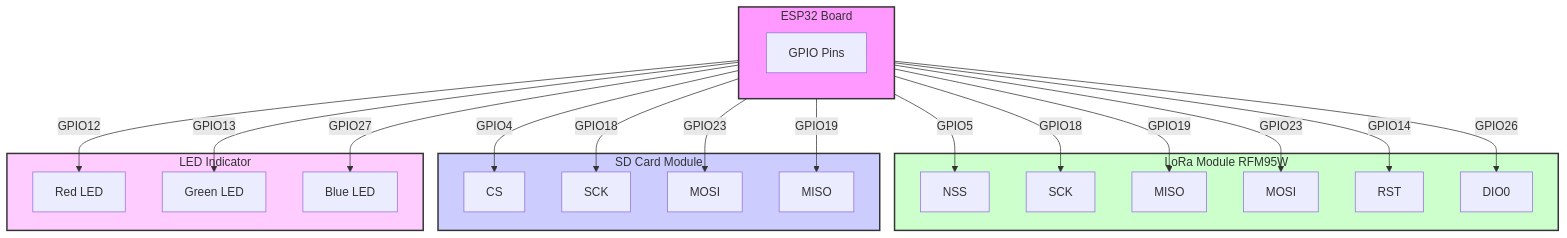
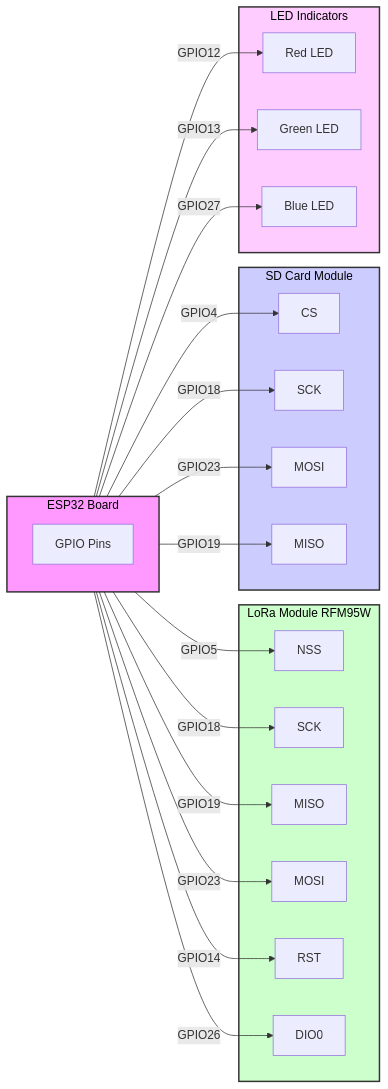
One commit to ficrammanifur/offline-emergency-lora-system changed the second of 9 diagrams in README.md. Above: the diagram before and after it, drawn with Mermaid. The commit also changed other lines of this file, not shown here.

````diff
--- a/README.md
+++ b/README.md
@@ -163,49 +167,49 @@
 ```mermaid
-graph TD
+graph LR
     subgraph ESP32[ESP32 Board]
         Pins[GPIO Pins]
     end
 
-    subgraph LoRa[LoRa Module RFM95W]
-        NSS[NSS]
-        SCK[SCK]
-        MISO[MISO]
-        MOSI[MOSI]
-        RST[RST]
-        DIO0[DIO0]
+    subgraph LoRa_M[LoRa Module RFM95W]
+        NSS_M[NSS]
+        SCK_M[SCK]
+        MISO_M[MISO]
+        MOSI_M[MOSI]
+        RST_M[RST]
+        DIO0_M[DIO0]
     end
 
     subgraph SD[SD Card Module]
         CS[CS]
         SCK_SD[SCK]
         MOSI_SD[MOSI]
         MISO_SD[MISO]
     end
 
-    subgraph LED[LED Indicator]
+    subgraph LED[LED Indicators]
         RED[Red LED]
         GREEN[Green LED]
         BLUE[Blue LED]
     end
 
-    ESP32 -- GPIO5 --> NSS
-    ESP32 -- GPIO18 --> SCK
-    ESP32 -- GPIO19 --> MISO
-    ESP32 -- GPIO23 --> MOSI
-    ESP32 -- GPIO14 --> RST
-    ESP32 -- GPIO26 --> DIO0
+    ESP32 -- GPIO5 --> NSS_M
+    ESP32 -- GPIO18 --> SCK_M
+    ESP32 -- GPIO19 --> MISO_M
+    ESP32 -- GPIO23 --> MOSI_M
+    ESP32 -- GPIO14 --> RST_M
+    ESP32 -- GPIO26 --> DIO0_M
 
     ESP32 -- GPIO4 --> CS
     ESP32 -- GPIO18 --> SCK_SD
     ESP32 -- GPIO23 --> MOSI_SD
     ESP32 -- GPIO19 --> MISO_SD
 
     ESP32 -- GPIO12 --> RED
     ESP32 -- GPIO13 --> GREEN
     ESP32 -- GPIO27 --> BLUE
 
-    style ESP32 fill:#f9f,stroke:#333,stroke-width:2px
-    style LoRa fill:#cfc,stroke:#333,stroke-width:2px
-    style SD fill:#ccf,stroke:#333,stroke-width:2px
-    style LED fill:#fcf,stroke:#333,stroke-width:2px
+    style ESP32 fill:#f9f,stroke:#333,stroke-width:2px,color:#000
+    style LoRa_M fill:#cfc,stroke:#333,stroke-width:2px,color:#000
+    style SD fill:#ccf,stroke:#333,stroke-width:2px,color:#000
+    style LED fill:#fcf,stroke:#333,stroke-width:2px,color:#000
 ```
````
